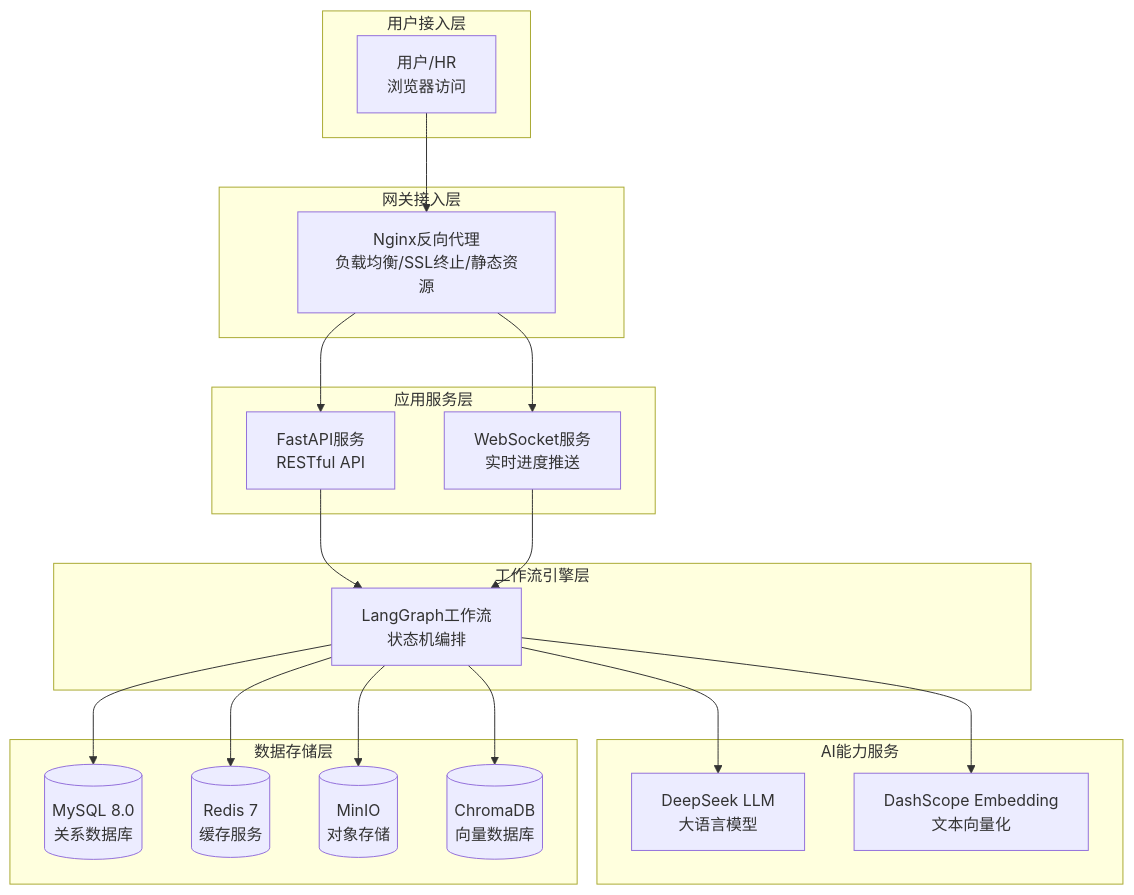
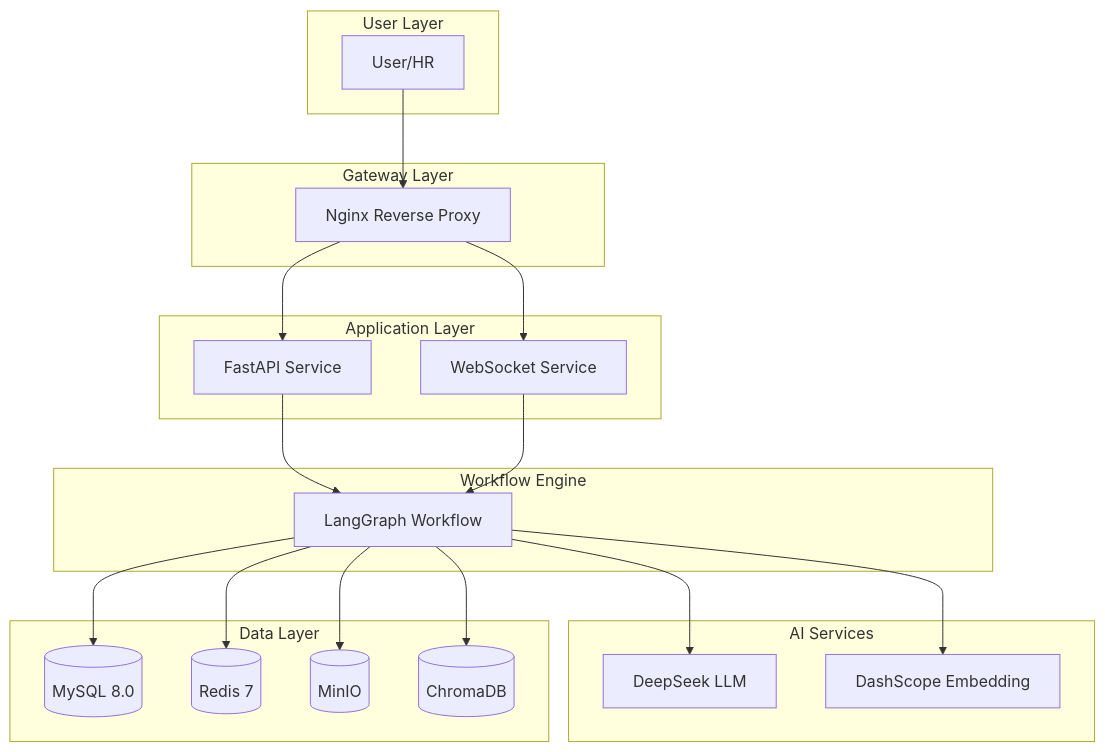
The third of 6 diagrams in README.md (xt765/ResumeScreening), drawn with Mermaid before and after one commit. The commit also changed other lines of this file and 7 other files, not shown here.

````diff
--- a/README.md
+++ b/README.md
@@ -175,43 +146,43 @@
 ```mermaid
 graph TB
-    subgraph 用户层["用户接入层"]
-        User[用户/HR<br/>浏览器访问]
+    subgraph User Layer
+        User[User/HR]
     end
-  
-    subgraph 接入层["网关接入层"]
-        Nginx[Nginx反向代理<br/>负载均衡/SSL终止/静态资源]
+    
+    subgraph Gateway Layer
+        Nginx[Nginx Reverse Proxy]
     end
-  
-    subgraph 应用层["应用服务层"]
-        API[FastAPI服务<br/>RESTful API]
-        WSS[WebSocket服务<br/>实时进度推送]
+    
+    subgraph Application Layer
+        API[FastAPI Service]
+        WSS[WebSocket Service]
     end
-  
-    subgraph 工作流引擎["工作流引擎层"]
-        WF[LangGraph工作流<br/>状态机编排]
+    
+    subgraph Workflow Engine
+        WF[LangGraph Workflow]
     end
-  
-    subgraph AI服务["AI能力服务"]
-        LLM[DeepSeek LLM<br/>大语言模型]
-        EMB[DashScope Embedding<br/>文本向量化]
+    
+    subgraph AI Services
+        LLM[DeepSeek LLM]
+        EMB[DashScope Embedding]
     end
-  
-    subgraph 数据层["数据存储层"]
-        DB[(MySQL 8.0<br/>关系数据库)]
-        Cache[(Redis 7<br/>缓存服务)]
-        OSS[(MinIO<br/>对象存储)]
-        Vec[(ChromaDB<br/>向量数据库)]
+    
+    subgraph Data Layer
+        DB[(MySQL 8.0)]
+        Cache[(Redis 7)]
+        OSS[(MinIO)]
+        Vec[(ChromaDB)]
     end
-  
+    
     User --> Nginx
     Nginx --> API
     Nginx --> WSS
     API --> WF
     WSS --> WF
     WF --> LLM
     WF --> EMB
     WF --> DB
     WF --> Cache
     WF --> OSS
     WF --> Vec
 ```
````
